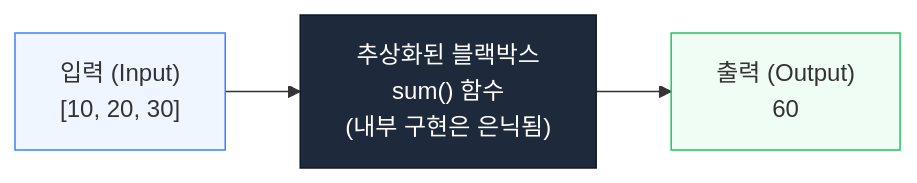
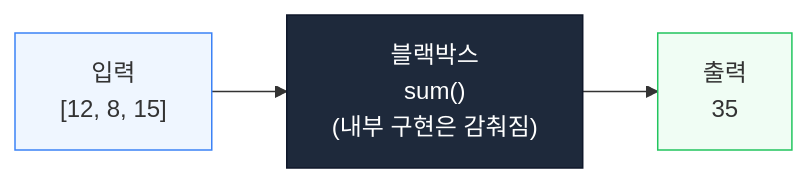
The first of 4 diagrams in 강의교재/week03_lecture.qmd (phyzikyh/computing), drawn with Mermaid before and after one commit. The commit also changed other lines of this file and 3 other files, not shown here.

````diff
--- a/강의교재/week03_lecture.qmd
+++ b/강의교재/week03_lecture.qmd
@@ -26,9 +21,9 @@
 ```{mermaid}
 flowchart LR
-    IN["입력 (Input)<br/>[10, 20, 30]"] --> BB["추상화된 블랙박스<br/>sum() 함수<br/>(내부 구현은 은닉됨)"]
-    BB --> OUT["출력 (Output)<br/>60"]
+    IN["입력<br/>[12, 8, 15]"] --> BB["블랙박스<br/>sum()<br/>(내부 구현은 감춰짐)"]
+    BB --> OUT["출력<br/>35"]
 
     style IN fill:#eff6ff,stroke:#3b82f6
     style BB fill:#1e293b,stroke:#0f172a,color:#ffffff
     style OUT fill:#f0fdf4,stroke:#22c55e
 ```
````
